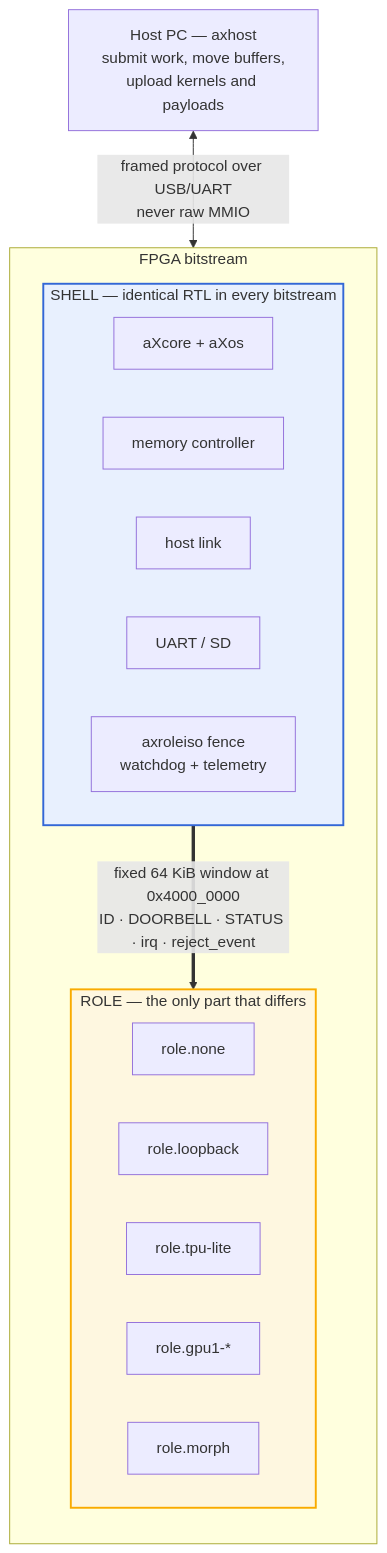
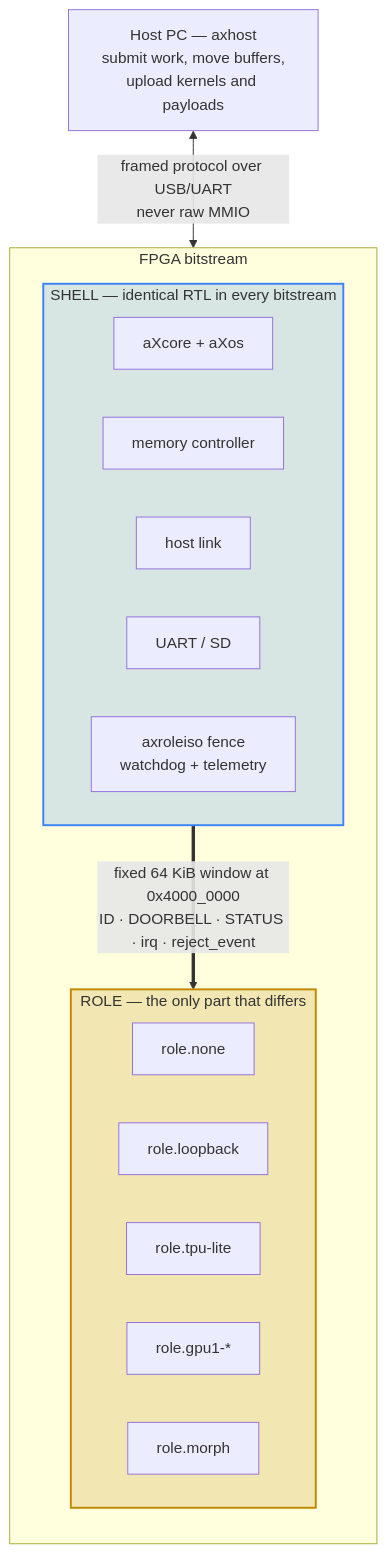
Before and after one commit to Scynth-Labs/atomiX: the third of 7 diagrams in DESIGN.md, drawn with Mermaid. The commit also changed other lines of this file and 5 other files, not shown here.

Commit message:
Update diagram styles for consistency across documentation

````diff
--- a/DESIGN.md
+++ b/DESIGN.md
@@ -175,31 +175,31 @@
 ```mermaid
 flowchart TB
   subgraph fpga["FPGA bitstream"]
     direction TB
     subgraph shell["SHELL — identical RTL in every bitstream"]
       direction LR
       s1["aXcore + aXos"]
       s2["memory controller"]
       s3["host link"]
       s4["UART / SD"]
       s5["axroleiso fence<br/>watchdog + telemetry"]
     end
     subgraph rolebox["ROLE — the only part that differs"]
       direction LR
       r1["role.none"]
       r2["role.loopback"]
       r3["role.tpu-lite"]
       r4["role.gpu1-*"]
       r5["role.morph"]
     end
   end
   host["Host PC — axhost<br/>submit work, move buffers,<br/>upload kernels and payloads"]
 
   shell ==>|"fixed 64 KiB window at 0x4000_0000<br/>ID · DOORBELL · STATUS · irq · reject_event"| rolebox
   host <-->|"framed protocol over USB/UART<br/>never raw MMIO"| shell
 
-  classDef immutable fill:#e8f0fe,stroke:#3367d6,stroke-width:2px
-  classDef swappable fill:#fef7e0,stroke:#f9ab00,stroke-width:2px
+  classDef immutable fill:#3b82f633,stroke:#3b82f6,stroke-width:2px
+  classDef swappable fill:#bf870033,stroke:#bf8700,stroke-width:2px
   class shell immutable
   class rolebox swappable
 ```
````
